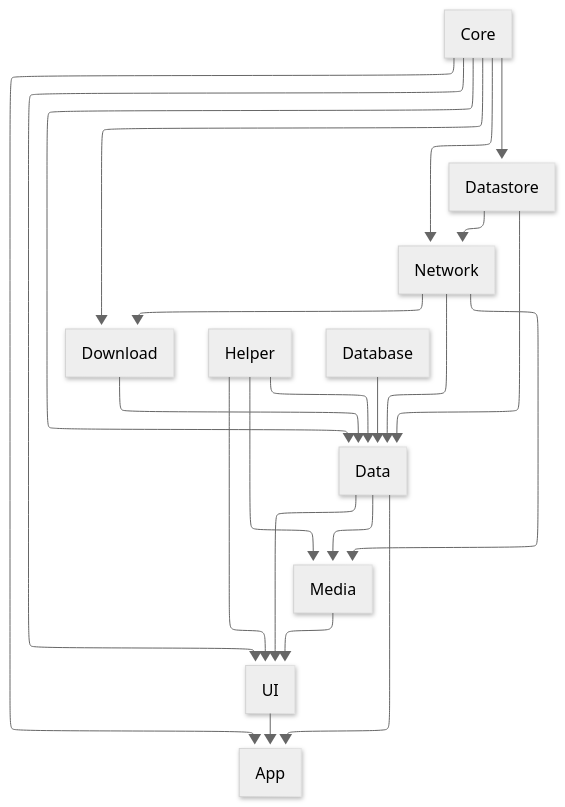
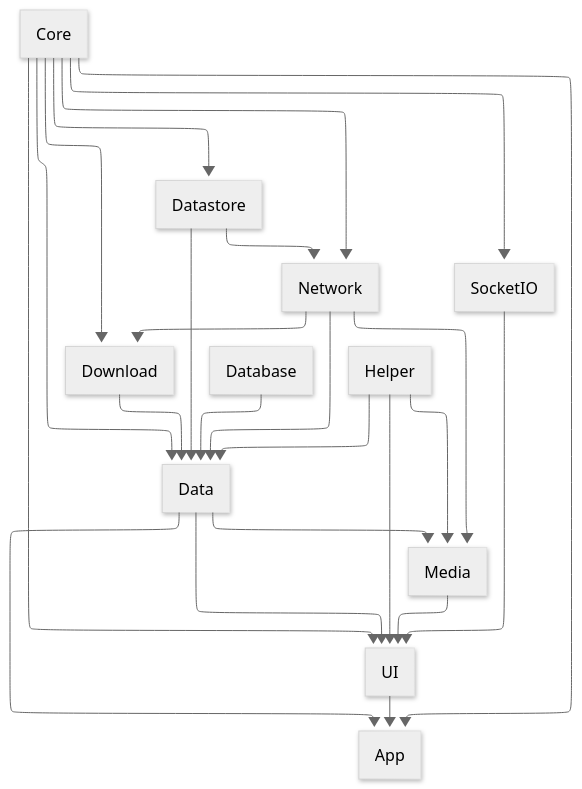
One commit to 100nandoo/shelfdroid changed the first of 2 diagrams in docs/DOCS.md. Above: the diagram before and after it, drawn with Mermaid. The commit also changed 15 other files, not shown here.

````diff
--- a/docs/DOCS.md
+++ b/docs/DOCS.md
@@ -11,24 +11,33 @@
 ```mermaid
 ---
 config:
   layout: elk
   theme: neutral
   look: neo
 ---
 flowchart TD
+%% Relationships
+    C --> A & D & S & N & U & Do
+    S --> D & N
+    B --> D
+    N --> D & M & Do
+    D --> U & A & M
+    U --> A
+    M --> U
+    SI --> U
+    H --> D & U & M
+    Do --> D
+    C --> SI
+%% Declarations
+    C["Core"]
+    A["App"]
+    U["UI"]
+    N["Network"]
+    S["Datastore"]
+    B["Database"]
+    D["Data"]
+    M["Media"]
     Do["Download"]
     H["Helper"]
-    H --> D
-    H --> U
-    H --> M
-    C --> Do
-    N --> Do
-    Do --> D
-    D["Data"] --> U["UI"] & A["App"] & M["Media"]
-    U --> A
-    M --> U
-    B["Database"] --> D
-    S["Datastore"] --> D & N["Network"]
-    N --> D & M
-    C["Core"] --> A & D & S & N & U
+    SI["SocketIO"]
 ```
````
